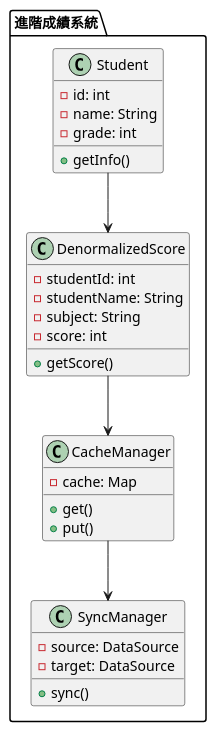
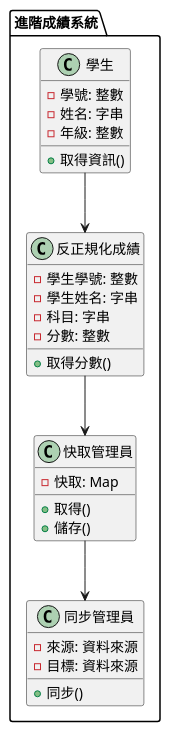
The third of 3 diagrams in doc/learning/architecture/normalization_denormalization_tutorial.md (fine5351/info-sync), drawn with PlantUML before and after one commit. The commit also changed other lines of this file and 35 other files, not shown here.

````diff
--- a/doc/learning/architecture/normalization_denormalization_tutorial.md
+++ b/doc/learning/architecture/normalization_denormalization_tutorial.md
@@ -300,36 +300,36 @@
 ```plantuml
 @startuml
 package "進階成績系統" {
-    class Student {
-        - id: int
-        - name: String
-        - grade: int
-        + getInfo()
+    class 學生 {
+        - 學號: 整數
+        - 姓名: 字串
+        - 年級: 整數
+        + 取得資訊()
     }
     
-    class DenormalizedScore {
-        - studentId: int
-        - studentName: String
-        - subject: String
-        - score: int
-        + getScore()
+    class 反正規化成績 {
+        - 學生學號: 整數
+        - 學生姓名: 字串
+        - 科目: 字串
+        - 分數: 整數
+        + 取得分數()
     }
     
-    class CacheManager {
-        - cache: Map
-        + get()
-        + put()
+    class 快取管理員 {
+        - 快取: Map
+        + 取得()
+        + 儲存()
     }
     
-    class SyncManager {
-        - source: DataSource
-        - target: DataSource
-        + sync()
+    class 同步管理員 {
+        - 來源: 資料來源
+        - 目標: 資料來源
+        + 同步()
     }
 }
 
-Student --> DenormalizedScore
-DenormalizedScore --> CacheManager
-CacheManager --> SyncManager
+學生 --> 反正規化成績
+反正規化成績 --> 快取管理員
+快取管理員 --> 同步管理員
 @enduml
 ```
````
